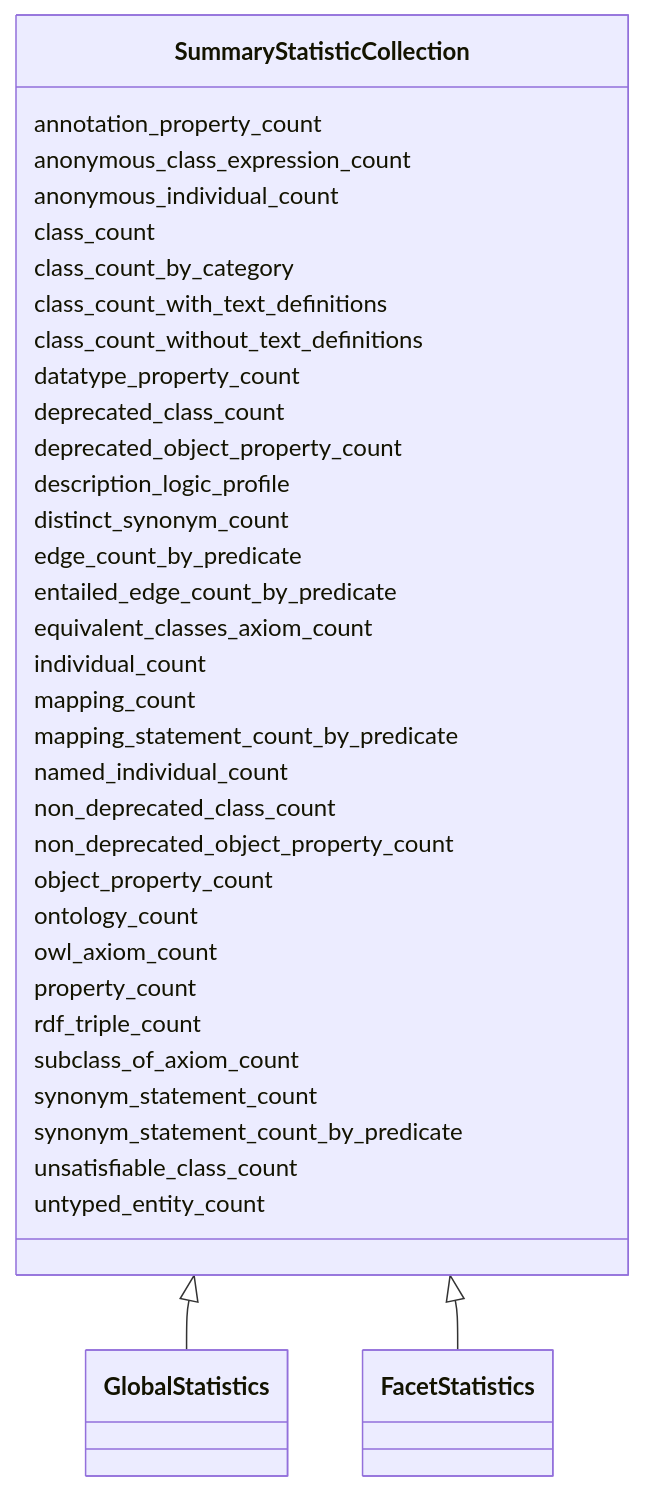
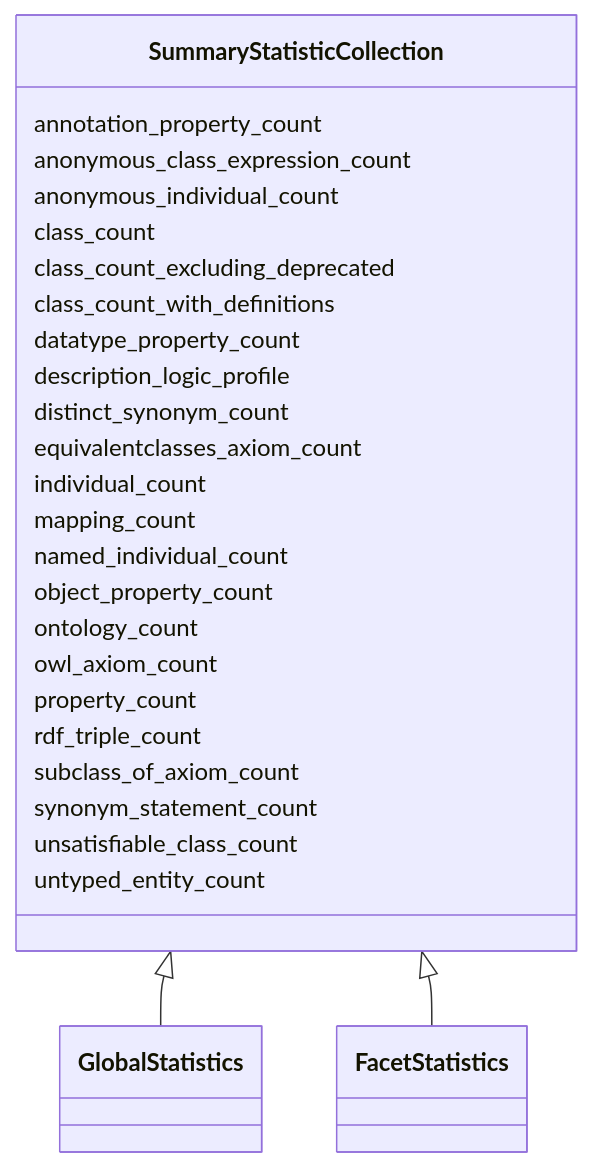
The diagram in summary-statistics/SummaryStatisticCollection.md (dalito/ontology-access-kit), drawn with Mermaid before and after one commit. The commit also changed other lines of this file and 2506 other files, not shown here.

````diff
--- a/summary-statistics/SummaryStatisticCollection.md
+++ b/summary-statistics/SummaryStatisticCollection.md
@@ -10,39 +13,29 @@
 ```{mermaid}
  classDiagram
-    class SummaryStatisticCollection
       SummaryStatisticCollection <|-- GlobalStatistics
       SummaryStatisticCollection <|-- FacetStatistics
       
       SummaryStatisticCollection : annotation_property_count
       SummaryStatisticCollection : anonymous_class_expression_count
       SummaryStatisticCollection : anonymous_individual_count
       SummaryStatisticCollection : class_count
-      SummaryStatisticCollection : class_count_by_category
-      SummaryStatisticCollection : class_count_with_text_definitions
-      SummaryStatisticCollection : class_count_without_text_definitions
+      SummaryStatisticCollection : class_count_excluding_deprecated
+      SummaryStatisticCollection : class_count_with_definitions
       SummaryStatisticCollection : datatype_property_count
-      SummaryStatisticCollection : deprecated_class_count
-      SummaryStatisticCollection : deprecated_object_property_count
       SummaryStatisticCollection : description_logic_profile
       SummaryStatisticCollection : distinct_synonym_count
-      SummaryStatisticCollection : edge_count_by_predicate
-      SummaryStatisticCollection : entailed_edge_count_by_predicate
-      SummaryStatisticCollection : equivalent_classes_axiom_count
+      SummaryStatisticCollection : equivalentclasses_axiom_count
       SummaryStatisticCollection : individual_count
       SummaryStatisticCollection : mapping_count
-      SummaryStatisticCollection : mapping_statement_count_by_predicate
       SummaryStatisticCollection : named_individual_count
-      SummaryStatisticCollection : non_deprecated_class_count
-      SummaryStatisticCollection : non_deprecated_object_property_count
       SummaryStatisticCollection : object_property_count
       SummaryStatisticCollection : ontology_count
       SummaryStatisticCollection : owl_axiom_count
       SummaryStatisticCollection : property_count
       SummaryStatisticCollection : rdf_triple_count
       SummaryStatisticCollection : subclass_of_axiom_count
       SummaryStatisticCollection : synonym_statement_count
-      SummaryStatisticCollection : synonym_statement_count_by_predicate
       SummaryStatisticCollection : unsatisfiable_class_count
       SummaryStatisticCollection : untyped_entity_count
       
 ```
````
